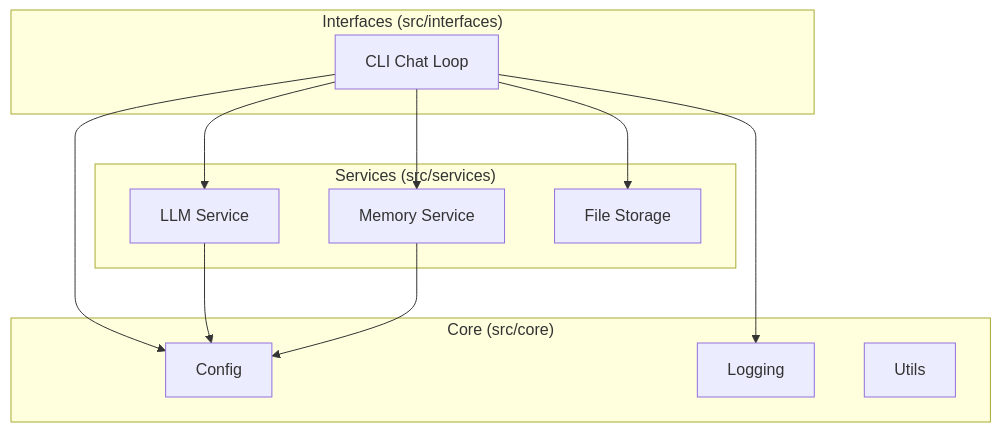
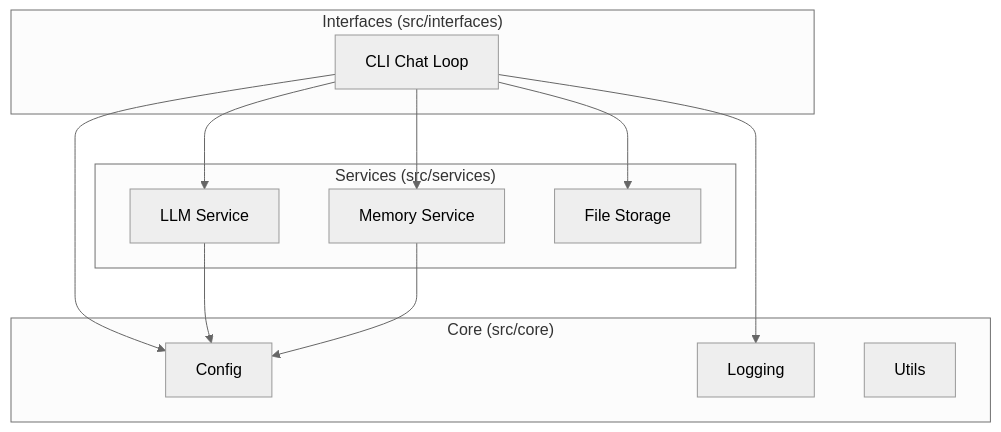
The third of 4 diagrams in docs/system-architecture.md (anchildress1/my-hermantic-agent), drawn with Mermaid before and after one commit. The commit also changed other lines of this file and 6 other files, not shown here.

First line of the commit message:
refactor: implement Pydantic Settings and enhance Mermaid diagrams

````diff
--- a/docs/system-architecture.md
+++ b/docs/system-architecture.md
@@ -91,32 +81,27 @@
 ```mermaid
----
-config:
-  accessibility:
-    - label: Component Responsibilities
-    - description: Diagram describing component responsibilities across modules
----
+%%{init: {'theme': 'neutral'}}%%
 graph TD
     subgraph "Core (src/core)"
         Core1[Config]
         Core2[Logging]
         Core3[Utils]
     end
 
     subgraph "Services (src/services)"
         Serv1[LLM Service]
         Serv2[Memory Service]
         Serv3[File Storage]
     end
 
     subgraph "Interfaces (src/interfaces)"
         CLI[CLI Chat Loop]
     end
 
     CLI --> Core1
     CLI --> Core2
     CLI --> Serv1
     CLI --> Serv2
     CLI --> Serv3
     Serv1 --> Core1
     Serv2 --> Core1
 ```
````
